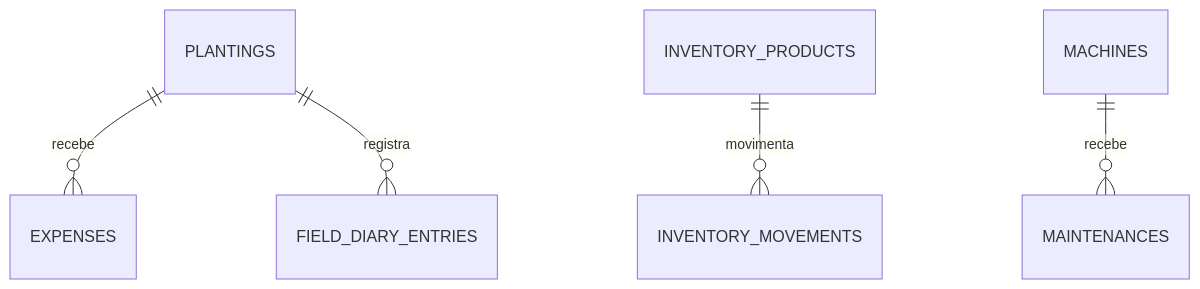
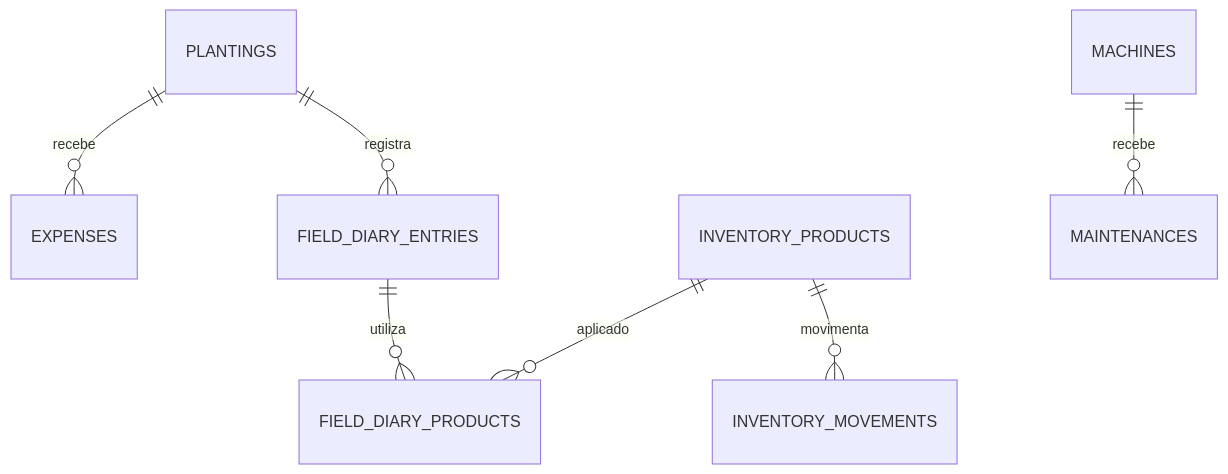
Before and after one commit to RodrigoPWalter/agrogestor: the diagram in docs/DATABASE_MODEL.md, drawn with Mermaid. The commit also changed other lines of this file and 2 other files, not shown here.

````diff
--- a/docs/DATABASE_MODEL.md
+++ b/docs/DATABASE_MODEL.md
@@ -8,7 +8,9 @@
 ```mermaid
 erDiagram
     PLANTINGS ||--o{ EXPENSES : recebe
     PLANTINGS ||--o{ FIELD_DIARY_ENTRIES : registra
+    FIELD_DIARY_ENTRIES ||--o{ FIELD_DIARY_PRODUCTS : utiliza
+    INVENTORY_PRODUCTS ||--o{ FIELD_DIARY_PRODUCTS : aplicado
     INVENTORY_PRODUCTS ||--o{ INVENTORY_MOVEMENTS : movimenta
     MACHINES ||--o{ MAINTENANCES : recebe
 ```
````
